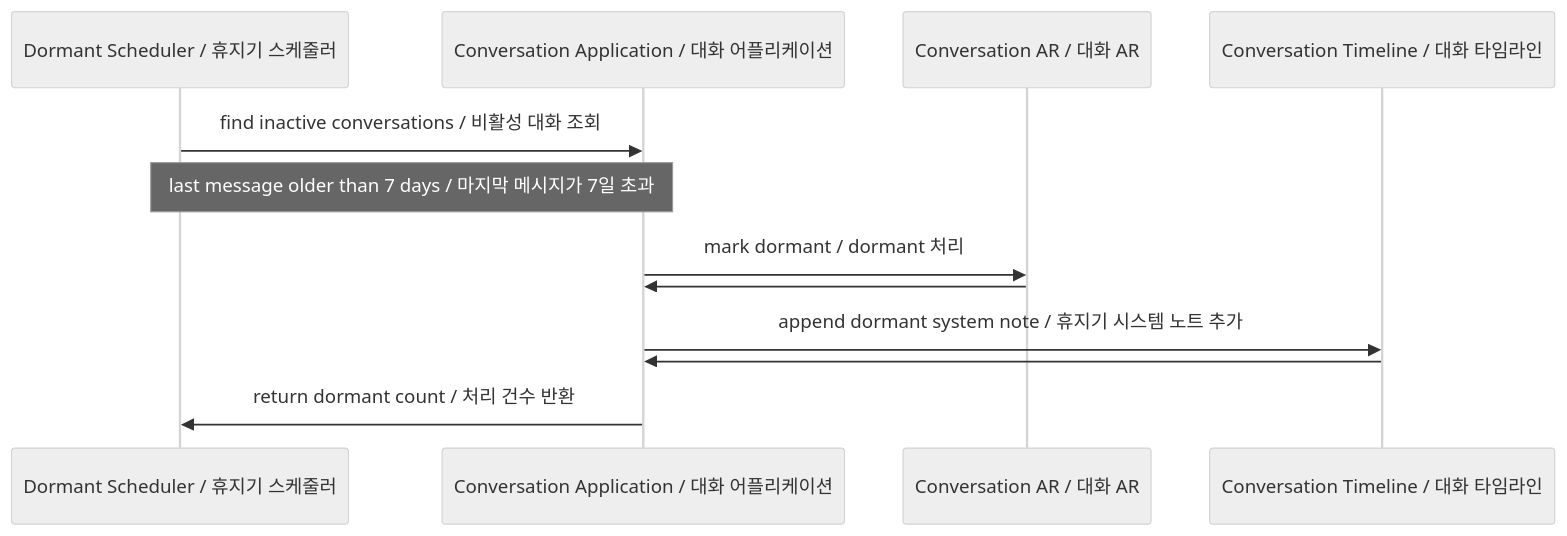
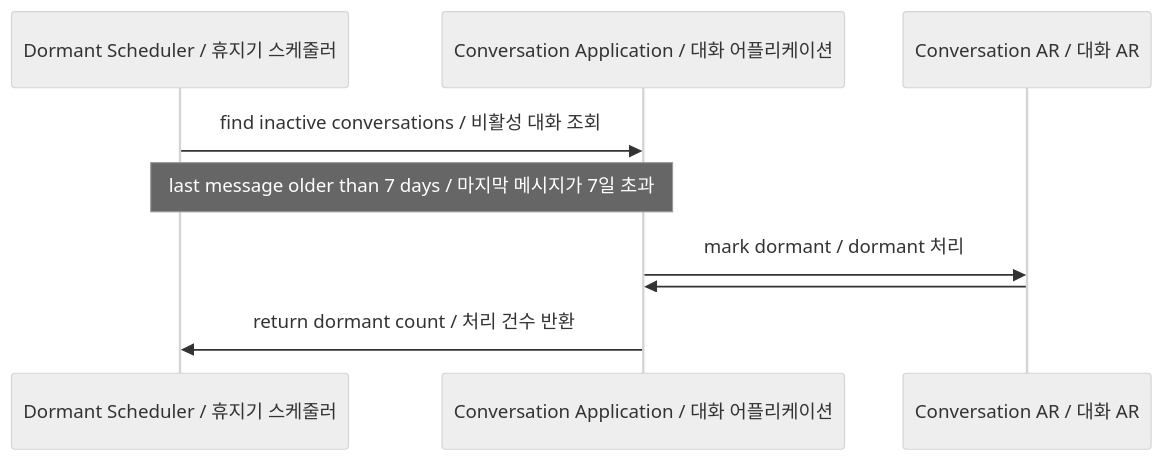
The fifth of 6 diagrams in 00-docs/03-admin/sequence-diagram.md (citron0137/exp-message), drawn with Mermaid (neutral theme) before and after one commit. The commit also changed other lines of this file and 2 other files, not shown here.

````diff
--- a/00-docs/03-admin/sequence-diagram.md
+++ b/00-docs/03-admin/sequence-diagram.md
@@ -169,18 +138,14 @@
 ```mermaid
 sequenceDiagram
     participant scheduler as Dormant Scheduler / 휴지기 스케줄러
     participant conversation_app as Conversation Application / 대화 어플리케이션
     participant conversation as Conversation AR / 대화 AR
-    participant timeline as Conversation Timeline / 대화 타임라인
 
     scheduler ->> conversation_app: find inactive conversations / 비활성 대화 조회
     note over scheduler,conversation_app: last message older than 7 days / 마지막 메시지가 7일 초과
 
     conversation_app ->> conversation: mark dormant / dormant 처리
     conversation ->> conversation_app:
 
-    conversation_app ->> timeline: append dormant system note / 휴지기 시스템 노트 추가
-    timeline ->> conversation_app:
-
     conversation_app ->> scheduler: return dormant count / 처리 건수 반환
 ```
````
